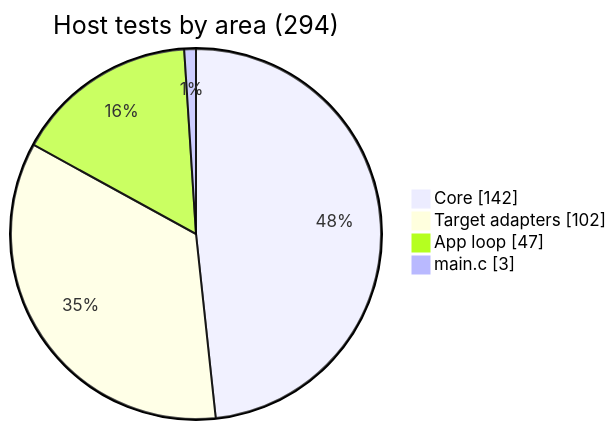
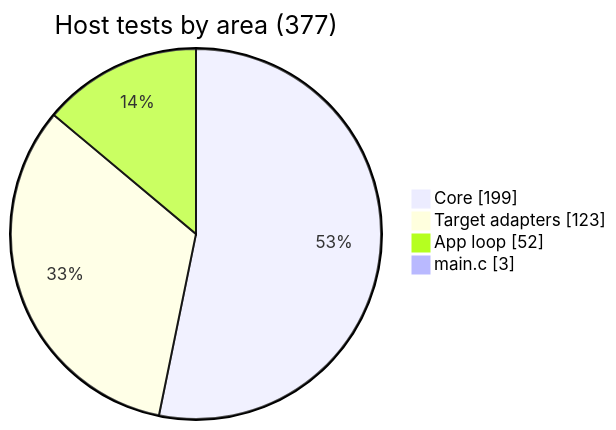
Before and after one commit to BonelessPig/nano_sequencer: diagram 23 of 26 in docs/ARCHITECTURE.md, drawn with Mermaid. The commit also changed other lines of this file and 66 other files, not shown here.

````diff
--- a/docs/ARCHITECTURE.md
+++ b/docs/ARCHITECTURE.md
@@ -835,8 +982,8 @@
 ```mermaid
 pie showData
-    title Host tests by area (294)
-    "Core" : 142
-    "Target adapters" : 102
-    "App loop" : 47
+    title Host tests by area (377)
+    "Core" : 199
+    "Target adapters" : 123
+    "App loop" : 52
     "main.c" : 3
 ```
````
